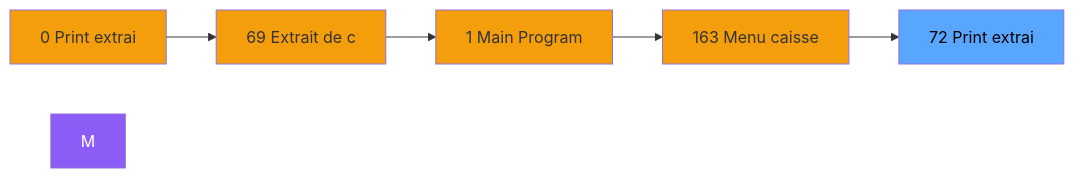
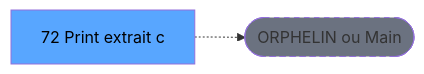
Before and after one commit to thonyAGP/lecteur-magic: the second of 3 diagrams in .openspec/renders/ADH-IDE-72.md, drawn with Mermaid. The commit also changed other lines of this file and 701 other files, not shown here.

````diff
--- a/.openspec/renders/ADH-IDE-72.md
+++ b/.openspec/renders/ADH-IDE-72.md
@@ -125,18 +122,8 @@
 ```mermaid
 graph LR
-    N0[0 Print extrai]
-    N69[69 Extrait de c]
-    N1[1 Main Program]
-    N163[163 Menu caisse ]
-    T[72 Print extrai]
-    N0 --> N69
-    N69 --> N1
-    N1 --> N163
-    N163 --> T
-    style M fill:#8b5cf6,color:#fff
-    style N0 fill:#f59e0b
-    style N69 fill:#f59e0b
-    style N1 fill:#f59e0b
-    style N163 fill:#f59e0b
+    T[72 Print extrait c]
+    ORPHAN([ORPHELIN ou Main])
+    T -.-> ORPHAN
     style T fill:#58a6ff,color:#000
+    style ORPHAN fill:#6b7280,stroke-dasharray: 5 5
 ```
````
